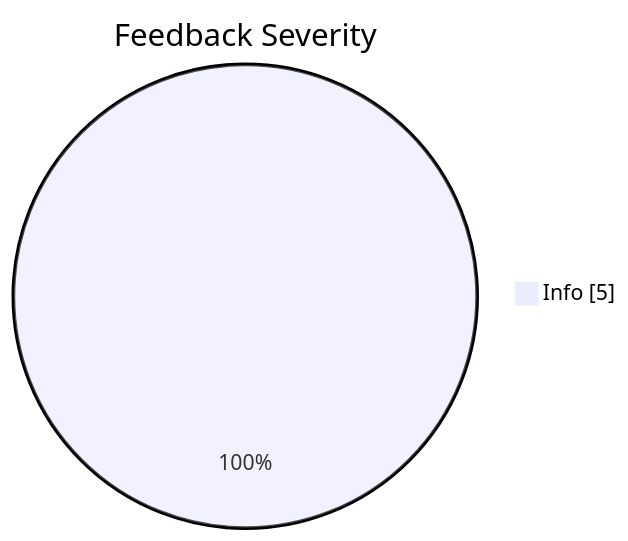
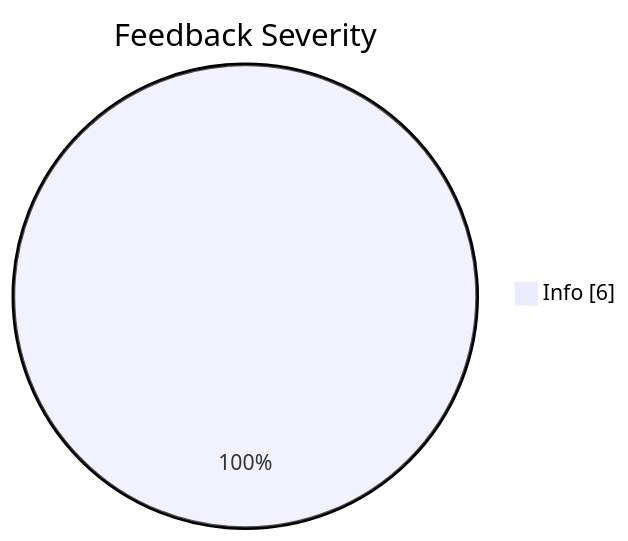
The fifth of 6 diagrams in README.md (JakubPawinski/gitcode-solutions), drawn with Mermaid before and after one commit. The commit also changed other lines of this file, not shown here.

````diff
--- a/README.md
+++ b/README.md
@@ -174,5 +174,5 @@
 ```mermaid
 pie showData
     title Feedback Severity
-    "Info" : 5
+    "Info" : 6
 ```
````
